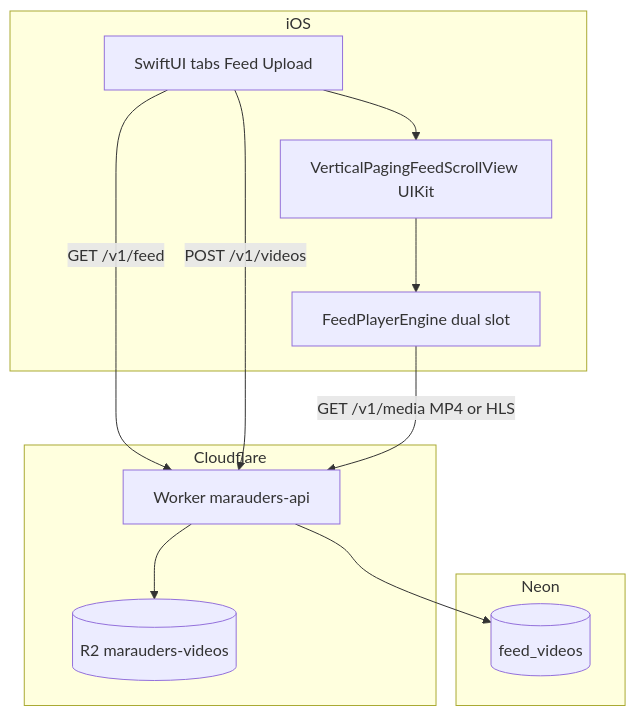
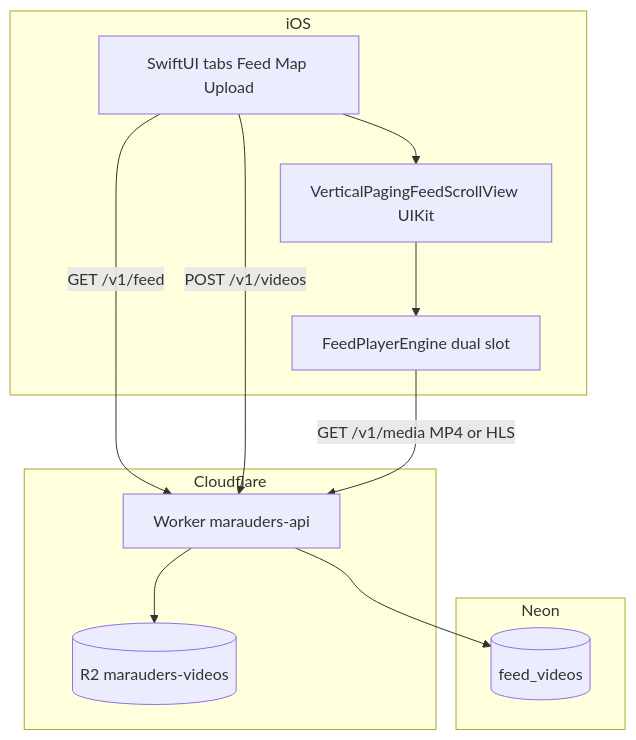
The first of 7 diagrams in ARCHITECTURE.md (SomsakGitHub/Marauders), drawn with Mermaid before and after one commit. The commit also changed other lines of this file and 21 other files, not shown here.

````diff
--- a/ARCHITECTURE.md
+++ b/ARCHITECTURE.md
@@ -9,25 +9,25 @@
 ```mermaid
 flowchart TB
   subgraph ios [iOS]
-    UI[SwiftUI tabs Feed Upload]
+    UI[SwiftUI tabs Feed Map Upload]
     Paging[VerticalPagingFeedScrollView UIKit]
     Engine[FeedPlayerEngine dual slot]
     UI --> Paging
     Paging --> Engine
   end
 
   subgraph cf [Cloudflare]
     API[Worker marauders-api]
     R2[(R2 marauders-videos)]
   end
 
   subgraph neon [Neon]
     DB[(feed_videos)]
   end
 
   UI -->|GET /v1/feed| API
   UI -->|POST /v1/videos| API
   Engine -->|GET /v1/media MP4 or HLS| API
   API --> DB
   API --> R2
 ```
````
